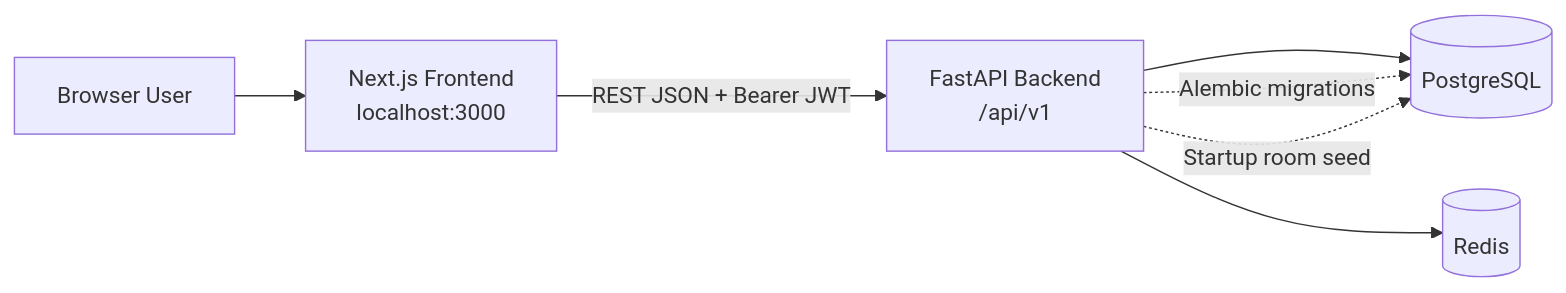
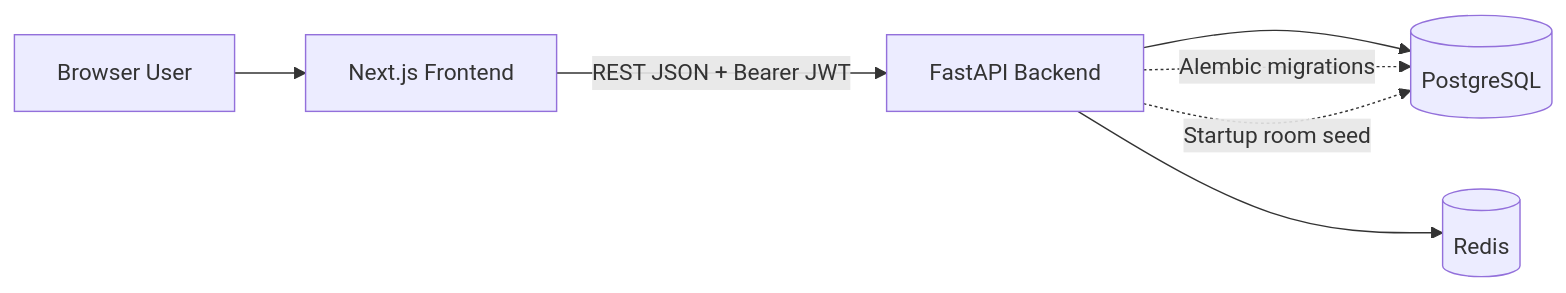
The second of 17 diagrams in Readme.md (gnanavi030/booking-system), drawn with Mermaid before and after one commit. The commit also changed other lines of this file, not shown here.

````diff
--- a/Readme.md
+++ b/Readme.md
@@ -151,9 +151,9 @@
 ```mermaid
 flowchart LR
-    U[Browser User] --> FE[Next.js Frontend<br/>localhost:3000]
-    FE -->|REST JSON + Bearer JWT| BE[FastAPI Backend<br/>/api/v1]
+    U[Browser User] --> FE[Next.js Frontend]
+    FE -->|REST JSON + Bearer JWT| BE[FastAPI Backend]
     BE --> PG[(PostgreSQL)]
     BE --> RD[(Redis)]
     BE -.->|Alembic migrations| PG
     BE -.->|Startup room seed| PG
 ```
````
